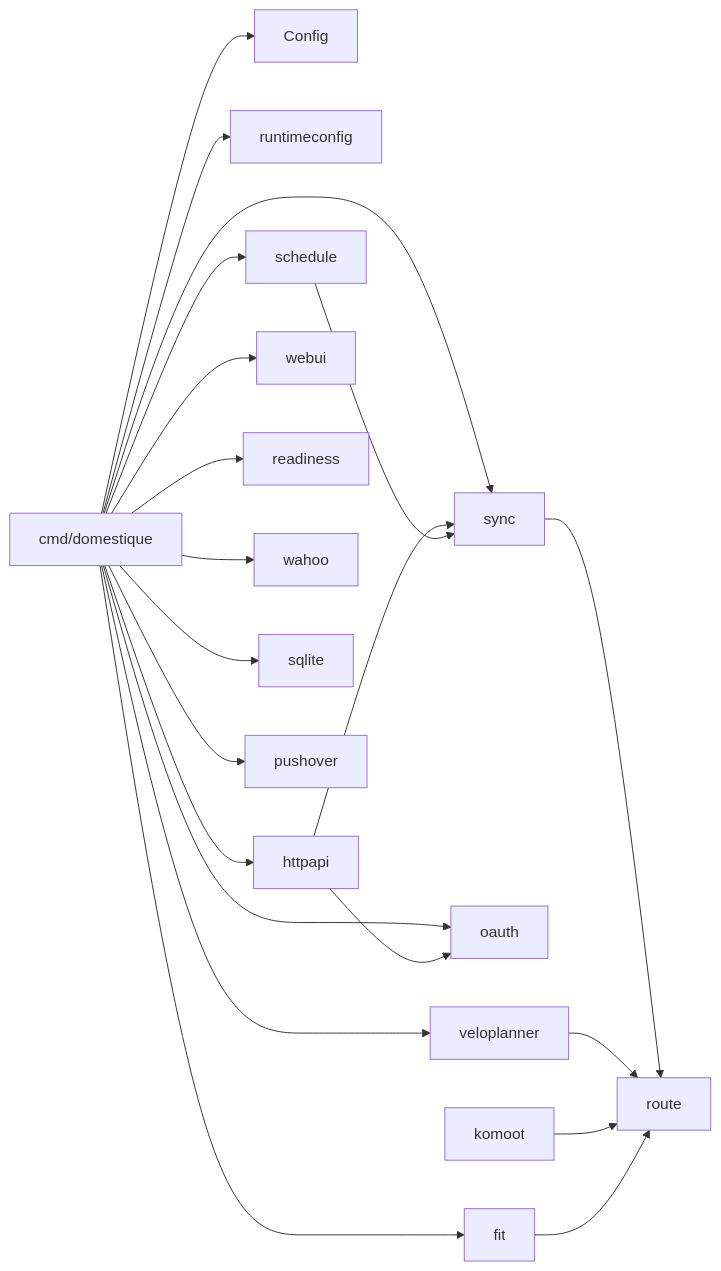
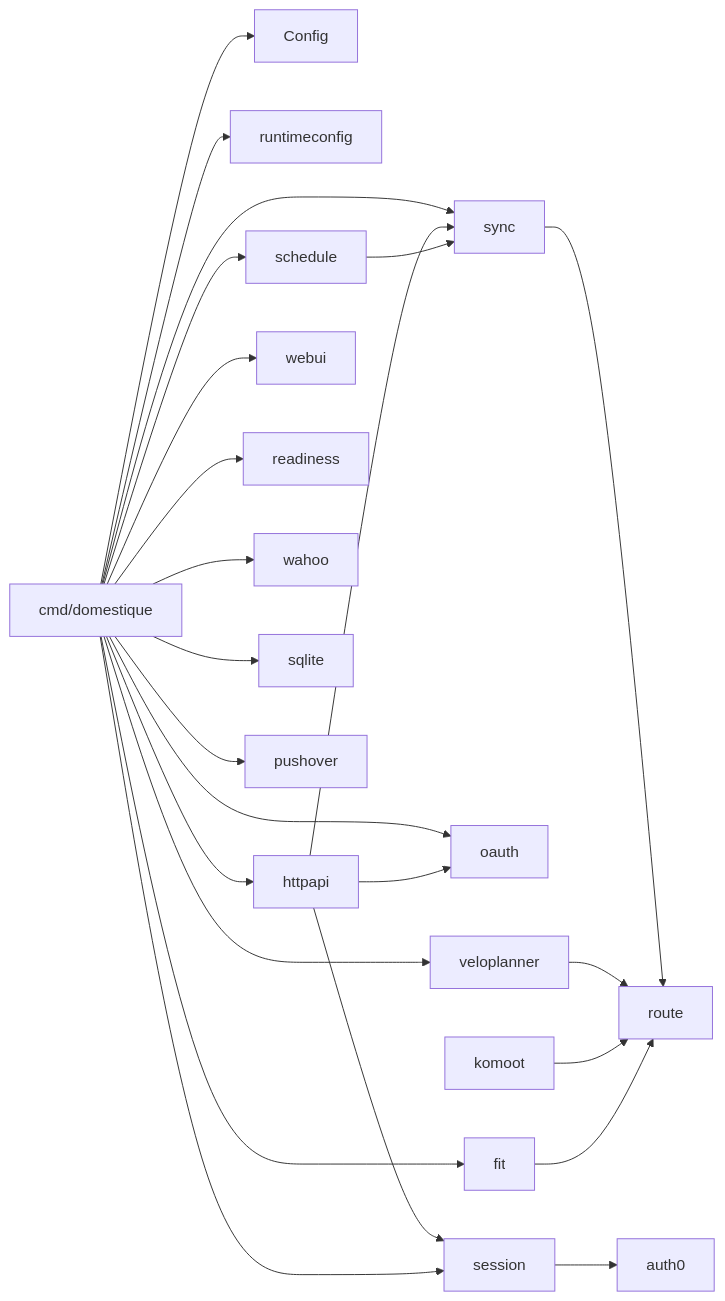
The diagram in docs/specs/implementation-architecture.md (nobbs/domestique), drawn with Mermaid before and after one commit. The commit also changed other lines of this file and 69 other files, not shown here.

First line of the commit message:
feat(http)!: replace Cloudflare Access with an in-app Auth0 sign-in (#391)

```diff
--- a/docs/specs/implementation-architecture.md
+++ b/docs/specs/implementation-architecture.md
@@ -285,28 +296,31 @@
 ~~~mermaid
 flowchart LR
     Main["cmd/domestique"] --> Config
     Main --> RuntimeConfig["runtimeconfig"]
     Main --> HTTP
     Main --> Schedule
     Main --> Sync
     Main --> OAuth
 
     HTTP["httpapi"] --> Sync["sync"]
     HTTP --> OAuth["oauth"]
+    HTTP --> Session["session"]
     Schedule["schedule"] --> Sync
 
     Main --> WebUI["webui"]
     Main --> Readiness["readiness"]
+    Main --> Session
+    Session --> Auth0["auth0"]
 
     Sync --> Route["route"]
 
     VP["veloplanner"] --> Route
     Komoot["komoot"] --> Route
     FIT["fit"] --> Route
 
     Main --> VP
     Main --> FIT
     Main --> Wahoo["wahoo"]
     Main --> SQLite["sqlite"]
     Main --> Pushover["pushover"]
 ~~~
```
